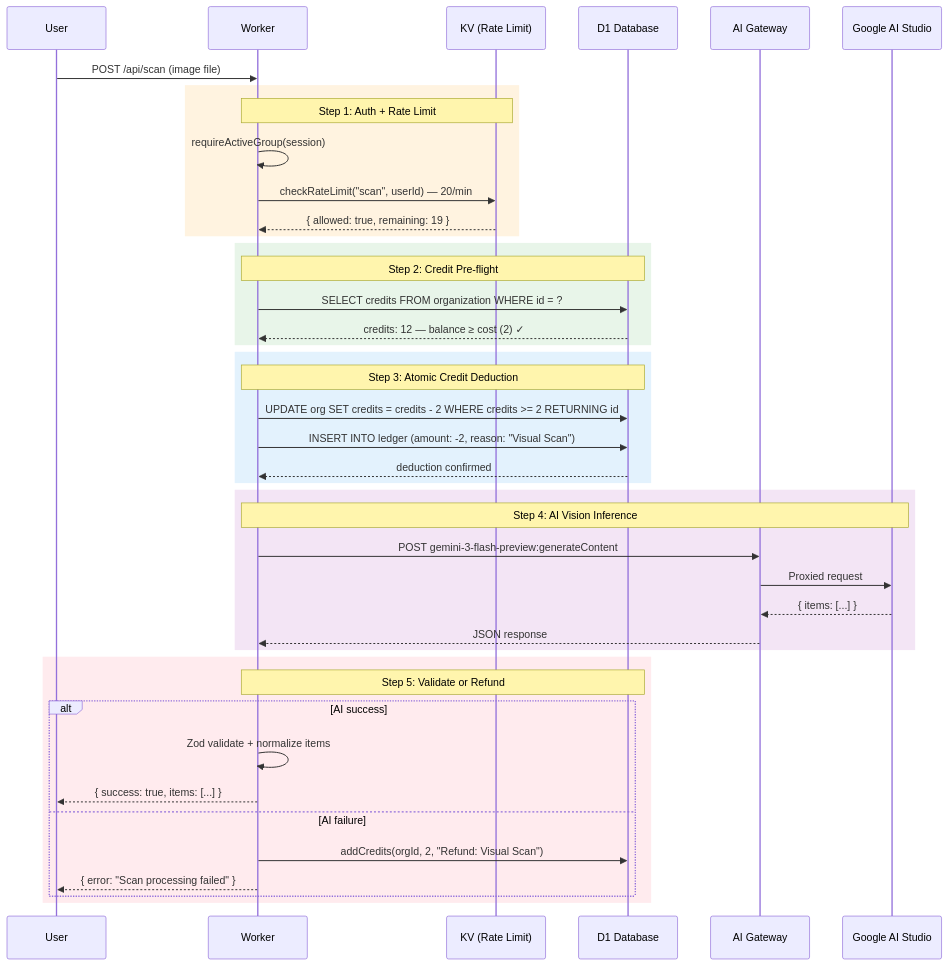
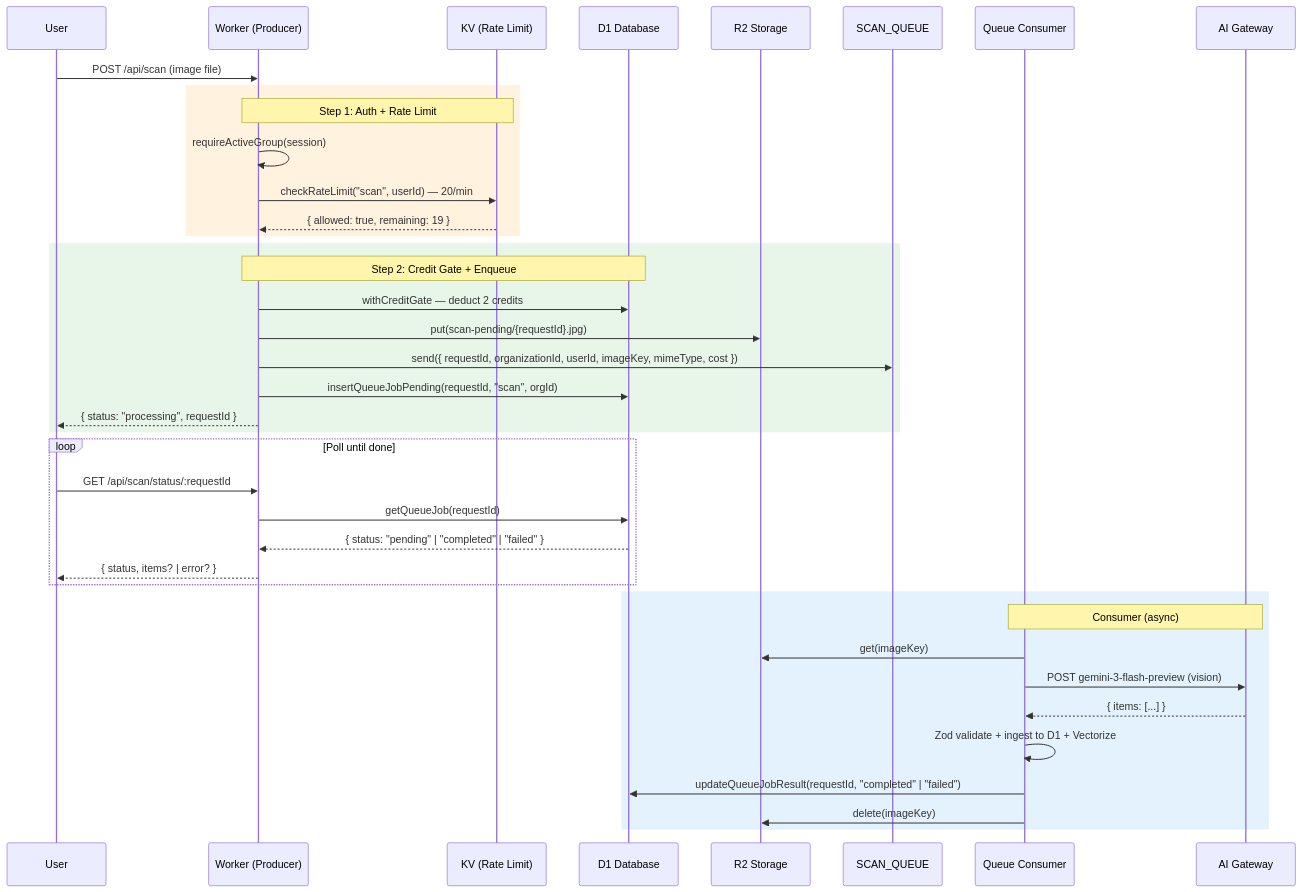
Before and after one commit to bjamesdowning/ration-mirror: the third of 16 diagrams in README.md, drawn with Mermaid. The commit also changed other lines of this file and 10 other files, not shown here.

````diff
--- a/README.md
+++ b/README.md
@@ -200,50 +208,46 @@
 ```mermaid
 sequenceDiagram
     participant User as User
-    participant Worker as Worker
+    participant Worker as Worker (Producer)
     participant KV as KV (Rate Limit)
     participant D1 as D1 Database
+    participant R2 as R2 Storage
+    participant Queue as SCAN_QUEUE
+    participant Consumer as Queue Consumer
     participant AIGateway as AI Gateway
-    participant GoogleAI as Google AI Studio
 
     User->>Worker: POST /api/scan (image file)
 
     rect rgb(255, 243, 224)
         Note over Worker,KV: Step 1: Auth + Rate Limit
         Worker->>Worker: requireActiveGroup(session)
         Worker->>KV: checkRateLimit("scan", userId) — 20/min
         KV-->>Worker: { allowed: true, remaining: 19 }
     end
 
     rect rgb(232, 245, 233)
-        Note over Worker,D1: Step 2: Credit Pre-flight
-        Worker->>D1: SELECT credits FROM organization WHERE id = ?
-        D1-->>Worker: credits: 12 — balance ≥ cost (2) ✓
+        Note over Worker,D1: Step 2: Credit Gate + Enqueue
+        Worker->>D1: withCreditGate — deduct 2 credits
+        Worker->>R2: put(scan-pending/{requestId}.jpg)
+        Worker->>Queue: send({ requestId, organizationId, userId, imageKey, mimeType, cost })
+        Worker->>D1: insertQueueJobPending(requestId, "scan", orgId)
+        Worker-->>User: { status: "processing", requestId }
+    end
+
+    loop Poll until done
+        User->>Worker: GET /api/scan/status/:requestId
+        Worker->>D1: getQueueJob(requestId)
+        D1-->>Worker: { status: "pending" | "completed" | "failed" }
+        Worker-->>User: { status, items? | error? }
     end
 
     rect rgb(227, 242, 253)
-        Note over Worker,D1: Step 3: Atomic Credit Deduction
-        Worker->>D1: UPDATE org SET credits = credits - 2 WHERE credits >= 2 RETURNING id
-        Worker->>D1: INSERT INTO ledger (amount: -2, reason: "Visual Scan")
-        D1-->>Worker: deduction confirmed
-    end
-
-    rect rgb(243, 229, 245)
-        Note over Worker,GoogleAI: Step 4: AI Vision Inference
-        Worker->>AIGateway: POST gemini-3-flash-preview:generateContent
-        AIGateway->>GoogleAI: Proxied request
-        GoogleAI-->>AIGateway: { items: [...] }
-        AIGateway-->>Worker: JSON response
-    end
-
-    rect rgb(255, 235, 238)
-        Note over Worker,D1: Step 5: Validate or Refund
-        alt AI success
-            Worker->>Worker: Zod validate + normalize items
-            Worker-->>User: { success: true, items: [...] }
-        else AI failure
-            Worker->>D1: addCredits(orgId, 2, "Refund: Visual Scan")
-            Worker-->>User: { error: "Scan processing failed" }
-        end
+        Note over Consumer,AIGateway: Consumer (async)
+        Consumer->>R2: get(imageKey)
+        Consumer->>AIGateway: POST gemini-3-flash-preview (vision)
+        AIGateway-->>Consumer: { items: [...] }
+        Consumer->>Consumer: Zod validate + ingest to D1 + Vectorize
+        Consumer->>D1: updateQueueJobResult(requestId, "completed" | "failed")
+        Consumer->>R2: delete(imageKey)
     end
 ```
````
